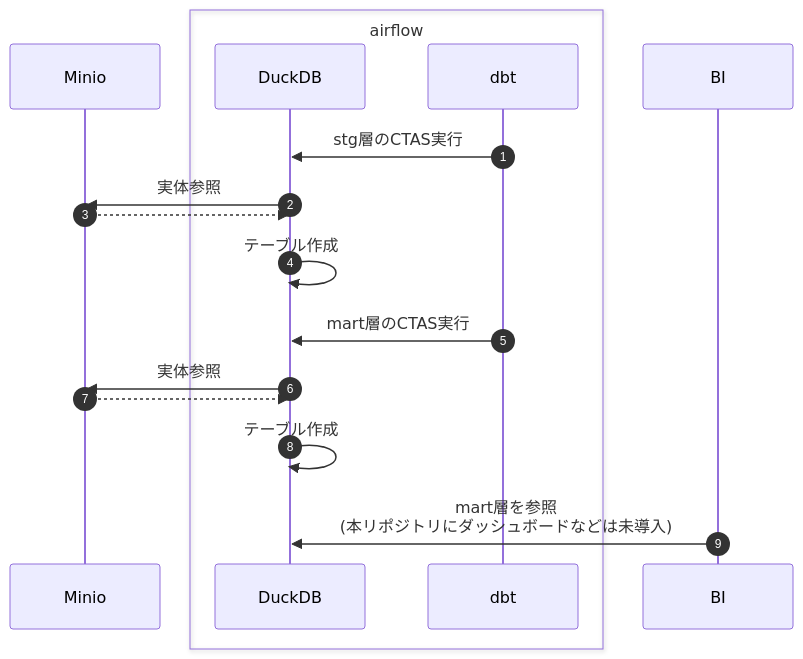
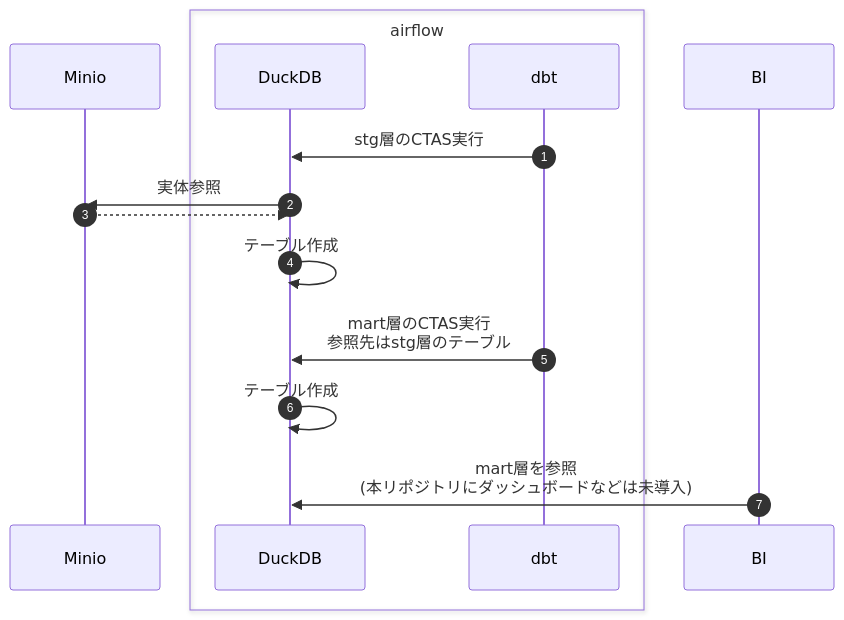
Before and after one commit to kf3225/duckdb-dbt-airflow-training: the diagram in README.md, drawn with Mermaid.

````diff
--- a/README.md
+++ b/README.md
@@ -22,20 +22,18 @@
 ```mermaid
 sequenceDiagram
     participant Minio
     box airflow
         participant DuckDB
         participant dbt
     end
     participant BI
 
     autonumber
     dbt ->> DuckDB: stg層のCTAS実行
     DuckDB ->> Minio: 実体参照
     Minio -->> DuckDB: 
     DuckDB ->> DuckDB: テーブル作成
-    dbt ->> DuckDB: mart層のCTAS実行
-    DuckDB ->> Minio: 実体参照
-    Minio -->> DuckDB: 
+    dbt ->> DuckDB: mart層のCTAS実行<br />参照先はstg層のテーブル
     DuckDB ->> DuckDB: テーブル作成
     BI ->> DuckDB: mart層を参照<br />(本リポジトリにダッシュボードなどは未導入)
 ```
````
